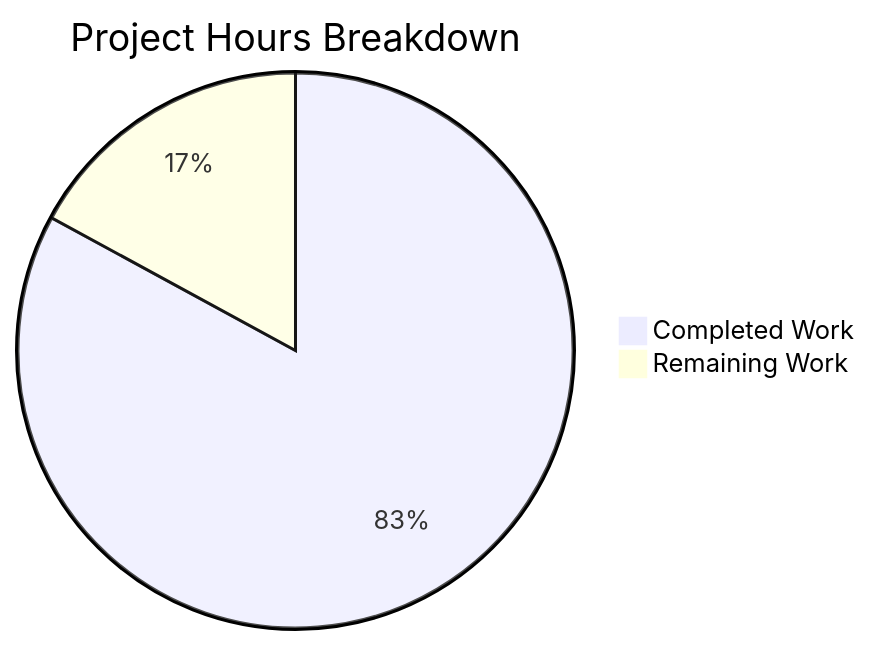
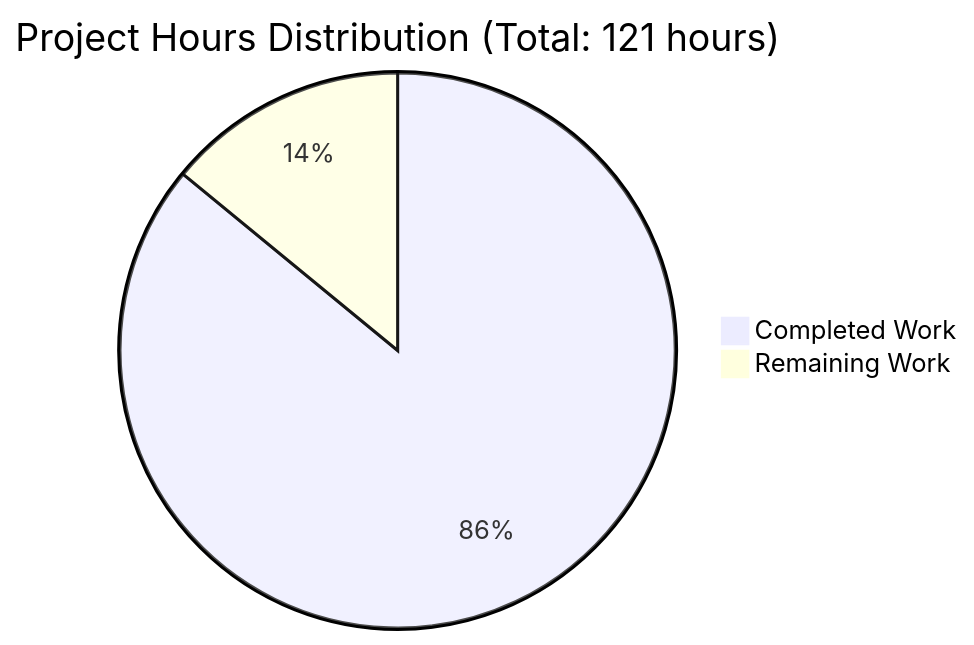
One commit to lakshya-blitzy/Dec_repo_with_valid_mul_files changed the first of 2 diagrams in blitzy/documentation/Project Guide.md. Above: the diagram before and after it, drawn with Mermaid. The commit also changed other lines of this file, not shown here.

Commit message:
Adding Blitzy Project Guide: Project Status and Human Tasks Remaining

````diff
--- a/blitzy/documentation/Project Guide.md
+++ b/blitzy/documentation/Project Guide.md
@@ -33,5 +80,5 @@
 ```mermaid
-pie title Project Hours Breakdown
-    "Completed Work" : 68
-    "Remaining Work" : 14
+pie title Project Hours Distribution (Total: 121 hours)
+    "Completed Work" : 104
+    "Remaining Work" : 17
 ```
````
